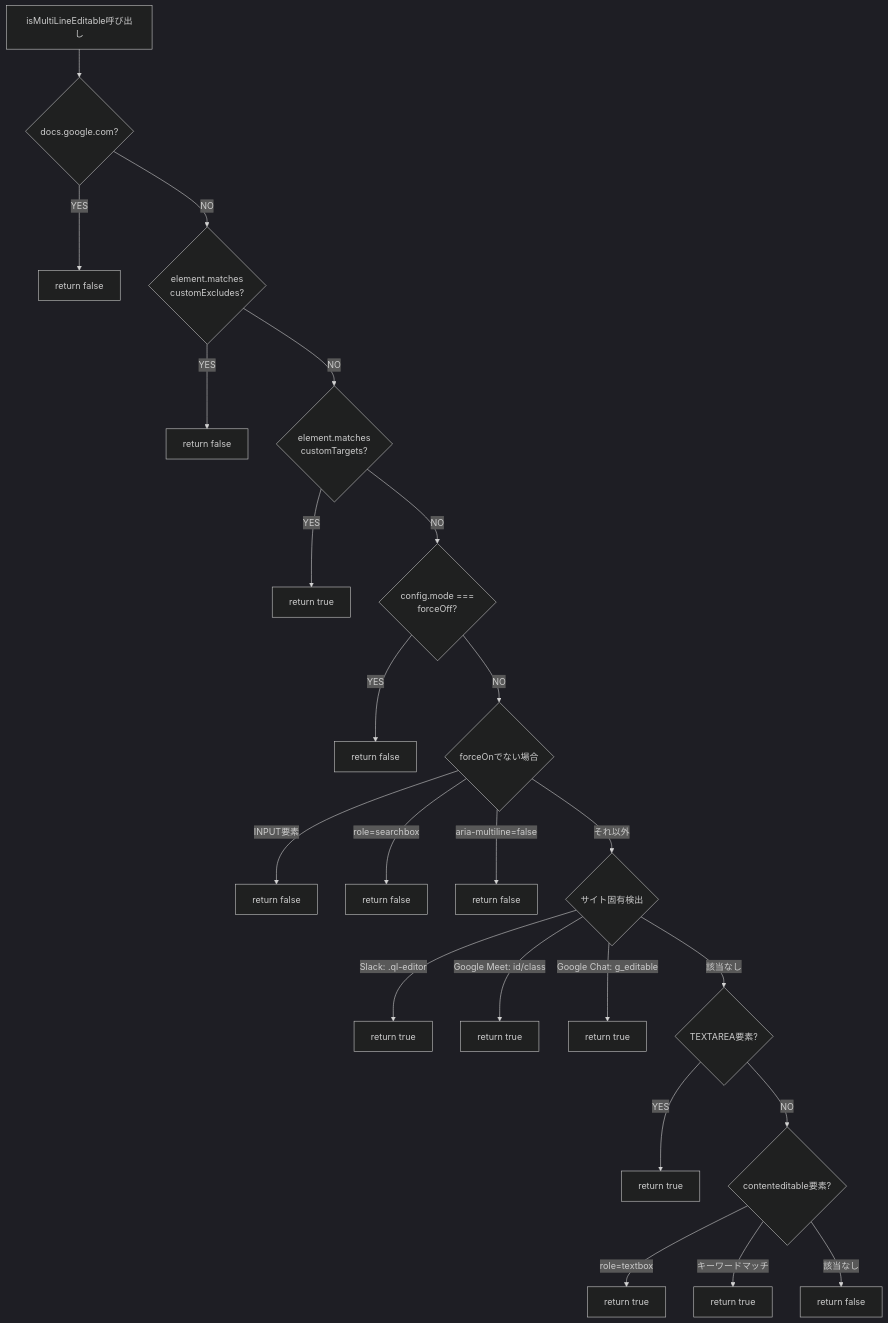
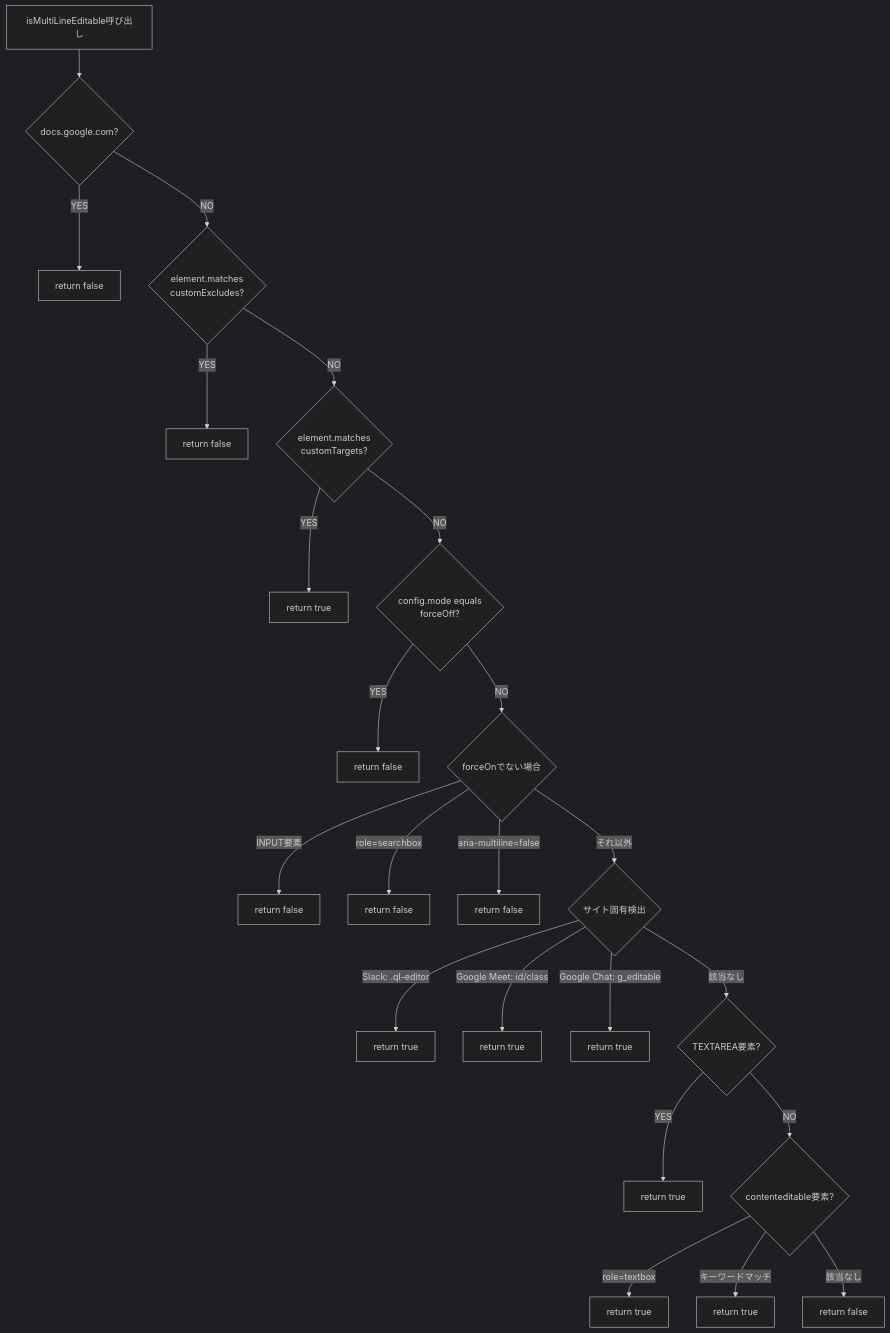
The fourth of 7 diagrams in CODE_EXPLANATION.md (kimura512/ctrlEnterSenderA), drawn with Mermaid (dark theme) before and after one commit. The commit also changed other lines of this file and 1 other file, not shown here.

Commit message:
Fix Mermaid syntax: replace || with OR and === with equals for GitHub compatibility

````diff
--- a/CODE_EXPLANATION.md
+++ b/CODE_EXPLANATION.md
@@ -367,32 +367,32 @@
 ```mermaid
 flowchart TD
     Start[isMultiLineEditable呼び出し] --> BlockSite{docs.google.com?}
     BlockSite -->|YES| ReturnFalse1[return false]
     BlockSite -->|NO| CustomExcludes{element.matches<br>customExcludes?}
     
     CustomExcludes -->|YES| ReturnFalse2[return false]
     CustomExcludes -->|NO| CustomTargets{element.matches<br>customTargets?}
     
     CustomTargets -->|YES| ReturnTrue1[return true]
-    CustomTargets -->|NO| ForceOff{config.mode ===<br>forceOff?}
+    CustomTargets -->|NO| ForceOff{config.mode equals<br>forceOff?}
     
     ForceOff -->|YES| ReturnFalse3[return false]
     ForceOff -->|NO| ForceOn{forceOnでない場合}
     
     ForceOn -->|INPUT要素| ReturnFalse4[return false]
     ForceOn -->|role=searchbox| ReturnFalse5[return false]
     ForceOn -->|aria-multiline=false| ReturnFalse6[return false]
     ForceOn -->|それ以外| SiteSpecific{サイト固有検出}
     
     SiteSpecific -->|Slack: .ql-editor| ReturnTrue2[return true]
     SiteSpecific -->|Google Meet: id/class| ReturnTrue3[return true]
     SiteSpecific -->|Google Chat: g_editable| ReturnTrue4[return true]
     SiteSpecific -->|該当なし| Generic{TEXTAREA要素?}
     
     Generic -->|YES| ReturnTrue5[return true]
     Generic -->|NO| ContentEditable{contenteditable要素?}
     
     ContentEditable -->|role=textbox| ReturnTrue6[return true]
     ContentEditable -->|キーワードマッチ| ReturnTrue7[return true]
     ContentEditable -->|該当なし| ReturnFalse7[return false]
 ```
````
